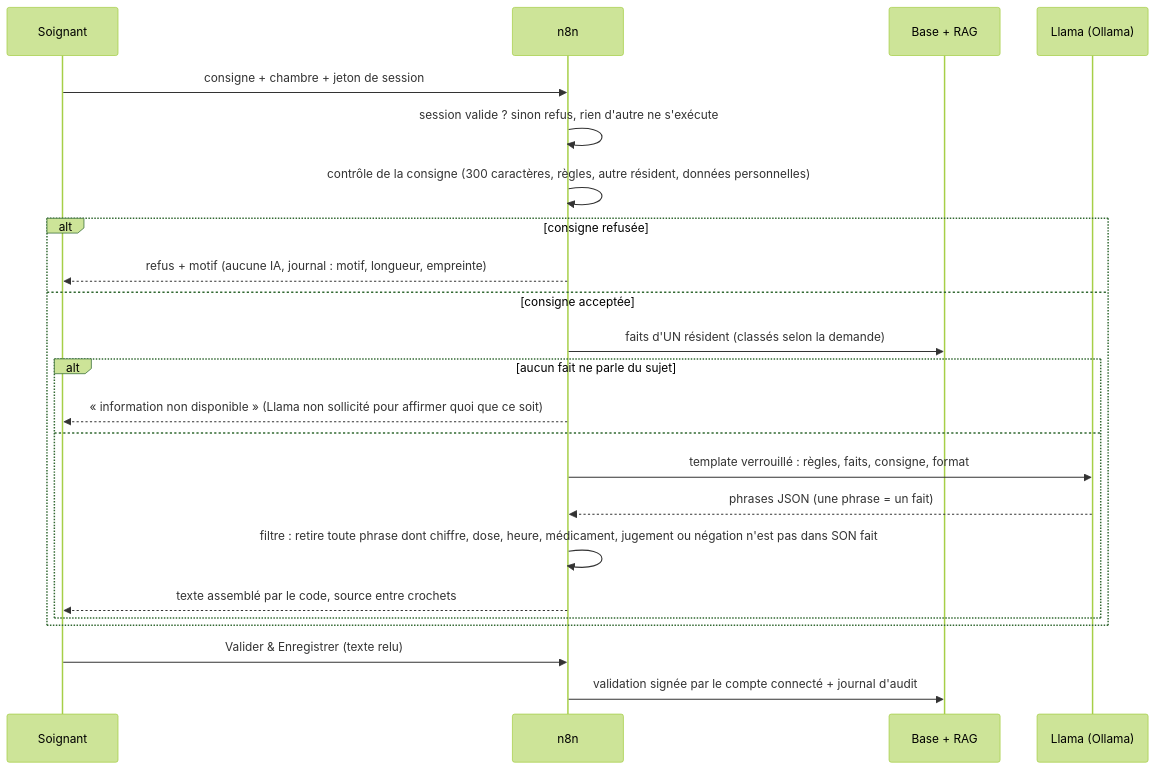
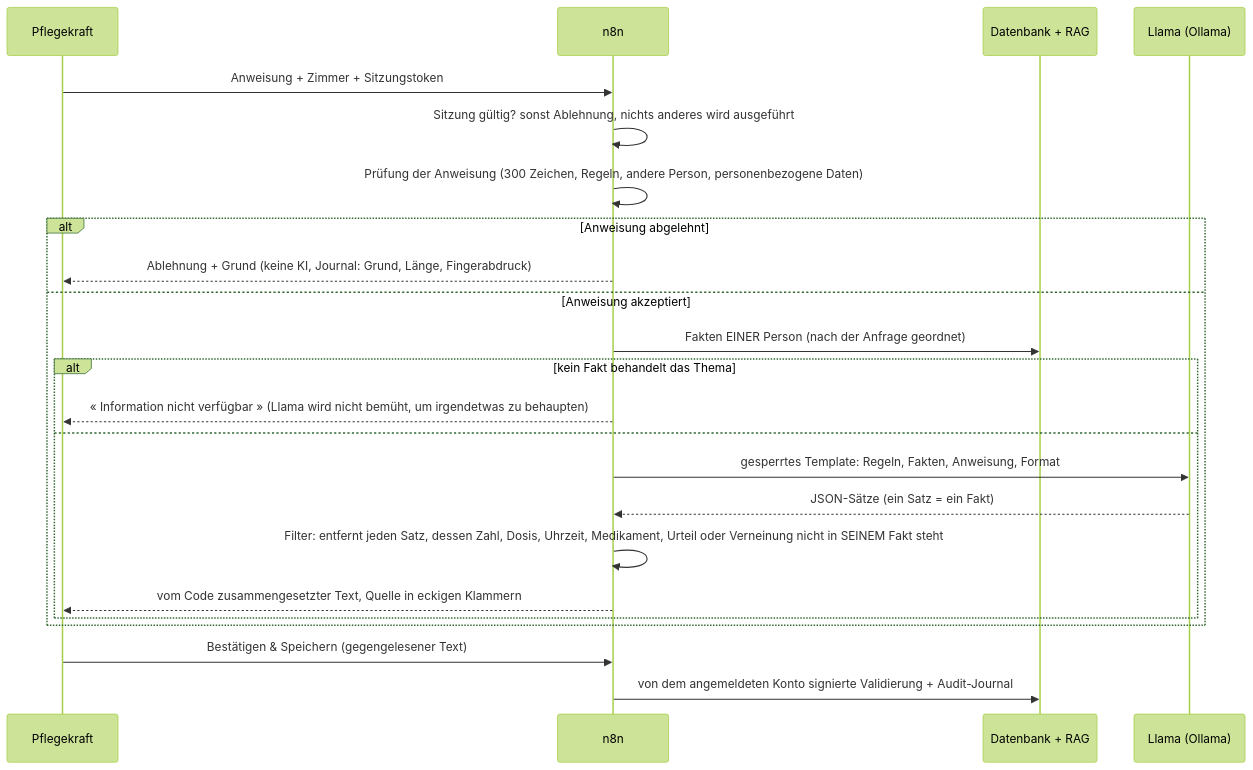
The second of 2 diagrams in docs/architecture.md (Arseine1/AI-care-assisatnt-deutsch), drawn with Mermaid (forest theme) before and after one commit. The commit also changed other lines of this file and 324 other files, not shown here.

````diff
--- a/docs/architecture.md
+++ b/docs/architecture.md
@@ -63,25 +63,25 @@
 ```mermaid
 sequenceDiagram
-  participant S as Soignant
+  participant S as Pflegekraft
   participant N as n8n
-  participant B as Base + RAG
+  participant B as Datenbank + RAG
   participant L as Llama (Ollama)
-  S->>N: consigne + chambre + jeton de session
-  N->>N: session valide ? sinon refus, rien d'autre ne s'exécute
-  N->>N: contrôle de la consigne (300 caractères, règles, autre résident, données personnelles)
-  alt consigne refusée
-    N-->>S: refus + motif (aucune IA, journal : motif, longueur, empreinte)
-  else consigne acceptée
-    N->>B: faits d'UN résident (classés selon la demande)
-    alt aucun fait ne parle du sujet
-      N-->>S: « information non disponible » (Llama non sollicité pour affirmer quoi que ce soit)
+  S->>N: Anweisung + Zimmer + Sitzungstoken
+  N->>N: Sitzung gültig? sonst Ablehnung, nichts anderes wird ausgeführt
+  N->>N: Prüfung der Anweisung (300 Zeichen, Regeln, andere Person, personenbezogene Daten)
+  alt Anweisung abgelehnt
+    N-->>S: Ablehnung + Grund (keine KI, Journal: Grund, Länge, Fingerabdruck)
+  else Anweisung akzeptiert
+    N->>B: Fakten EINER Person (nach der Anfrage geordnet)
+    alt kein Fakt behandelt das Thema
+      N-->>S: « Information nicht verfügbar » (Llama wird nicht bemüht, um irgendetwas zu behaupten)
     else
-      N->>L: template verrouillé : règles, faits, consigne, format
-      L-->>N: phrases JSON (une phrase = un fait)
-      N->>N: filtre : retire toute phrase dont chiffre, dose, heure, médicament, jugement ou négation n'est pas dans SON fait
-      N-->>S: texte assemblé par le code, source entre crochets
+      N->>L: gesperrtes Template: Regeln, Fakten, Anweisung, Format
+      L-->>N: JSON-Sätze (ein Satz = ein Fakt)
+      N->>N: Filter: entfernt jeden Satz, dessen Zahl, Dosis, Uhrzeit, Medikament, Urteil oder Verneinung nicht in SEINEM Fakt steht
+      N-->>S: vom Code zusammengesetzter Text, Quelle in eckigen Klammern
     end
   end
-  S->>N: Valider & Enregistrer (texte relu)
-  N->>B: validation signée par le compte connecté + journal d'audit
+  S->>N: Bestätigen & Speichern (gegengelesener Text)
+  N->>B: von dem angemeldeten Konto signierte Validierung + Audit-Journal
 ```
````
